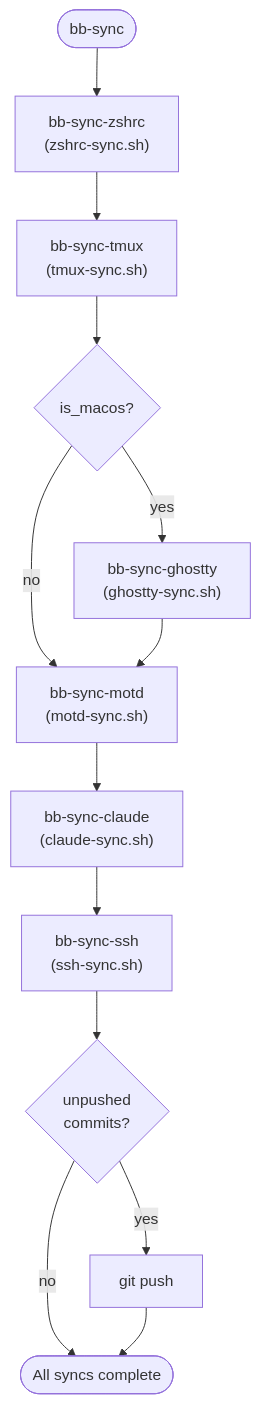
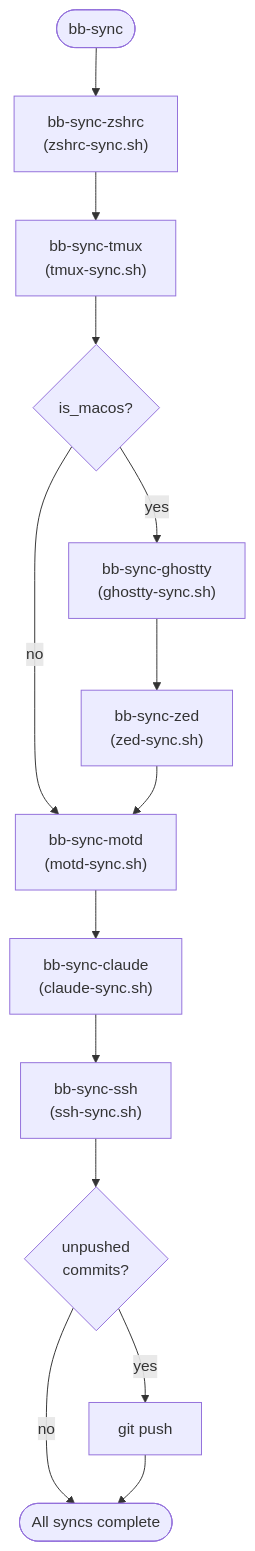
The third of 8 diagrams in ARCHITECTURE.md (matdotcx/boblbee), drawn with Mermaid before and after one commit. The commit also changed other lines of this file and 6 other files, not shown here.

First line of the commit message:
Add Zed editor sync, switch Claude Code to native installer

````diff
--- a/ARCHITECTURE.md
+++ b/ARCHITECTURE.md
@@ -78,15 +79,16 @@
 ```mermaid
 flowchart TD
     bb_sync(["bb-sync"]) --> zshrc["bb-sync-zshrc<br/>(zshrc-sync.sh)"]
     zshrc --> tmux["bb-sync-tmux<br/>(tmux-sync.sh)"]
     tmux --> ghostty_check{"is_macos?"}
     ghostty_check -->|yes| ghostty["bb-sync-ghostty<br/>(ghostty-sync.sh)"]
     ghostty_check -->|no| motd
-    ghostty --> motd["bb-sync-motd<br/>(motd-sync.sh)"]
+    ghostty --> zed["bb-sync-zed<br/>(zed-sync.sh)"]
+    zed --> motd["bb-sync-motd<br/>(motd-sync.sh)"]
     motd --> claude["bb-sync-claude<br/>(claude-sync.sh)"]
     claude --> ssh["bb-sync-ssh<br/>(ssh-sync.sh)"]
     ssh --> push_check{"unpushed<br/>commits?"}
     push_check -->|yes| push["git push"]
     push_check -->|no| done(["All syncs complete"])
     push --> done
 ```
````
